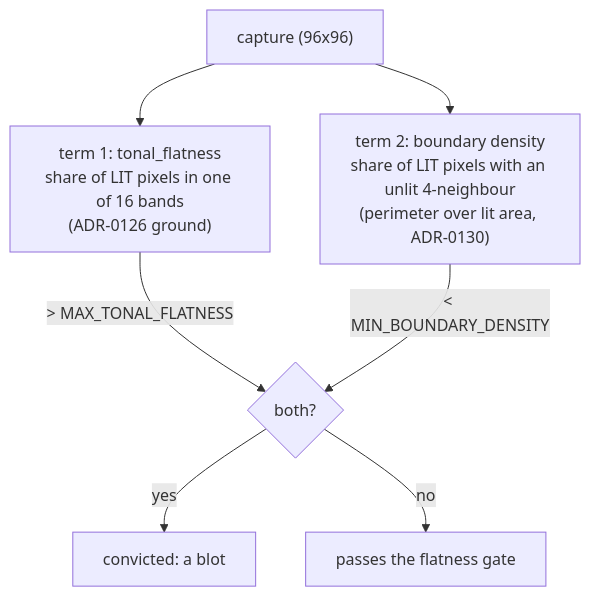
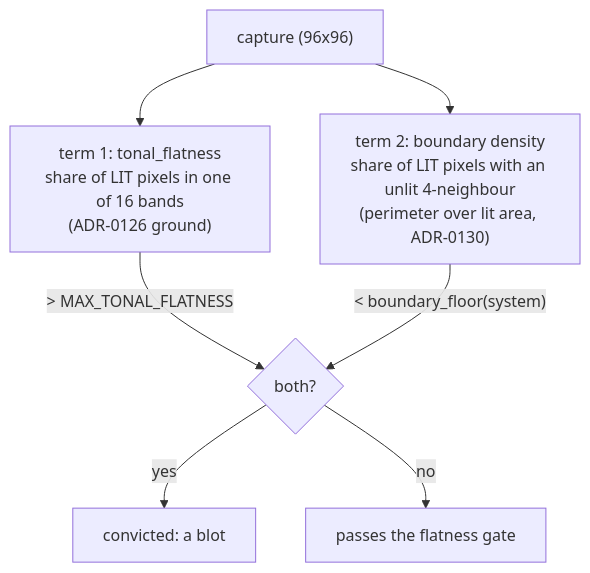
The diagram in docs/plans/done/0119-the-flatness-gate-gets-its-second-term.md (IgorKonovalov/Ritmolux), drawn with Mermaid before and after one commit. The commit also changed other lines of this file, not shown here.

````diff
--- a/docs/plans/done/0119-the-flatness-gate-gets-its-second-term.md
+++ b/docs/plans/done/0119-the-flatness-gate-gets-its-second-term.md
@@ -64,10 +64,10 @@
 ```mermaid
 flowchart TB
     F["capture (96x96)"]
     F --> T1["term 1: tonal_flatness<br/>share of LIT pixels in one of 16 bands<br/>(ADR-0126 ground)"]
     F --> T2["term 2: boundary density<br/>share of LIT pixels with an unlit 4-neighbour<br/>(perimeter over lit area, ADR-0130)"]
     T1 -->|"> MAX_TONAL_FLATNESS"| AND{"both?"}
-    T2 -->|"< MIN_BOUNDARY_DENSITY"| AND
+    T2 -->|"< boundary_floor(system)"| AND
     AND -->|yes| BLOT["convicted: a blot"]
     AND -->|no| OK["passes the flatness gate"]
 ```
````
